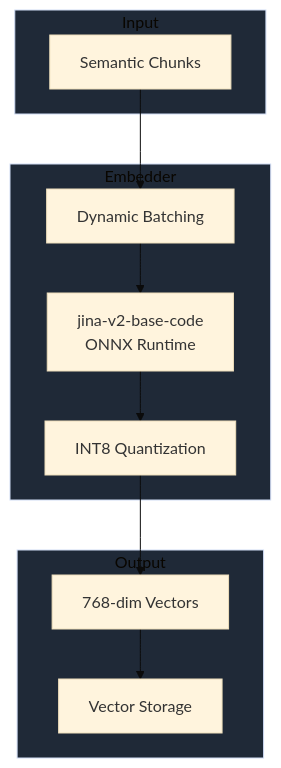
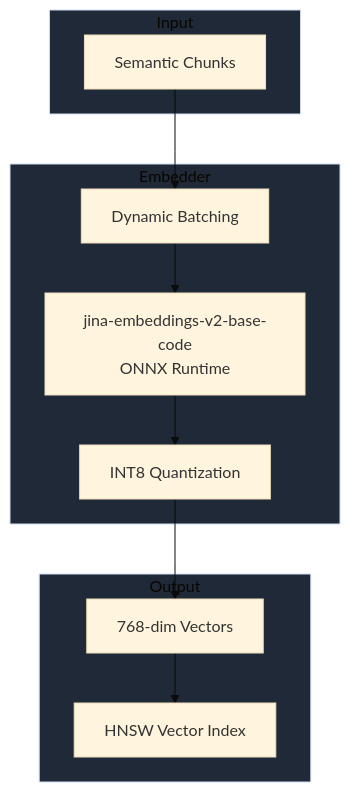
Before and after one commit to steeltroops-ai/omnicontext: the fifth of 13 diagrams in website/docs/architecture.md, drawn with Mermaid (base theme). The commit also changed other lines of this file and 71 other files, not shown here.

````diff
--- a/website/docs/architecture.md
+++ b/website/docs/architecture.md
@@ -196,27 +209,27 @@
 ```mermaid
 graph TB
     subgraph Input
         Chunks[Semantic Chunks]
     end
-    
+
     subgraph Embedder
         Batch[Dynamic Batching]
-        Model[jina-v2-base-code<br/>ONNX Runtime]
+        Model[jina-embeddings-v2-base-code<br/>ONNX Runtime]
         Quant[INT8 Quantization]
     end
-    
+
     subgraph Output
         Vectors[768-dim Vectors]
-        Storage[Vector Storage]
+        Storage[HNSW Vector Index]
     end
-    
+
     Chunks --> Batch
     Batch --> Model
     Model --> Quant
     Quant --> Vectors
     Vectors --> Storage
-    
+
     style Input fill:#1f2937
     style Embedder fill:#1f2937
     style Output fill:#1f2937
 ```
````
